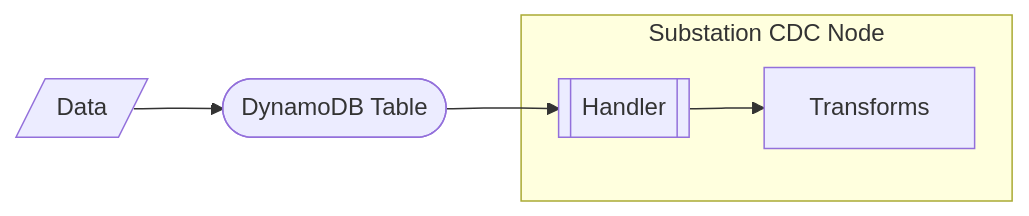
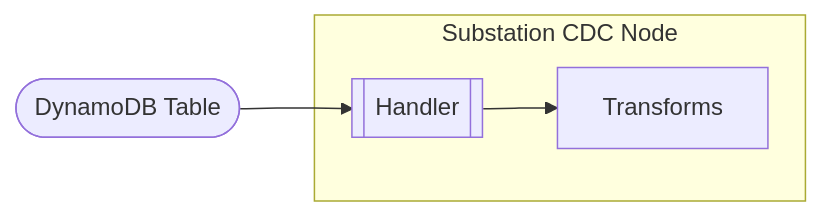
Before and after one commit to brexhq/substation: the first of 6 diagrams in examples/aws/README.md, drawn with Mermaid. The commit also changed other lines of this file, not shown here.

````diff
--- a/examples/aws/README.md
+++ b/examples/aws/README.md
@@ -11,16 +11,15 @@
 ```mermaid
 
 flowchart LR
     %% resources
-    data[/Data/]
     ddb([DynamoDB Table])
 
     cdcHandler[[Handler]]
     cdcTransforms[Transforms]
 
     %% connections
-    data --> ddb --> cdcHandler
+    ddb --> cdcHandler
     subgraph Substation CDC Node 
     cdcHandler --> cdcTransforms
     end
 ```
````
